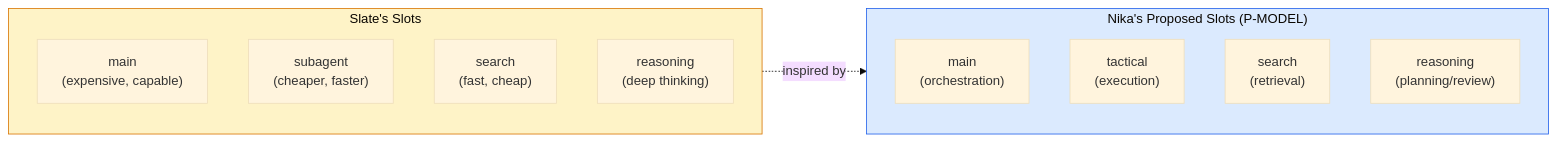
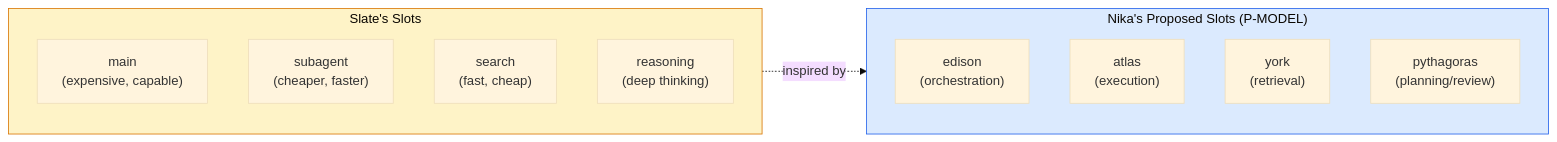
Before and after one commit to supernovae-st/nika: the fourth of 7 diagrams in docs/brainstorm/nika-evolution/03-competitive-landscape.md, drawn with Mermaid (base theme). The commit also changed other lines of this file and 12 other files, not shown here.

````diff
--- a/docs/brainstorm/nika-evolution/03-competitive-landscape.md
+++ b/docs/brainstorm/nika-evolution/03-competitive-landscape.md
@@ -110,21 +110,21 @@
 ```mermaid
 flowchart LR
     subgraph SLATE_SLOTS["Slate's Slots"]
         SM["main\n(expensive, capable)"]
         SS["subagent\n(cheaper, faster)"]
         SSE["search\n(fast, cheap)"]
         SR["reasoning\n(deep thinking)"]
     end
 
     subgraph NIKA_SLOTS["Nika's Proposed Slots (P-MODEL)"]
-        NM["main\n(orchestration)"]
-        NT["tactical\n(execution)"]
-        NSE["search\n(retrieval)"]
-        NR["reasoning\n(planning/review)"]
+        NM["edison\n(orchestration)"]
+        NT["atlas\n(execution)"]
+        NSE["york\n(retrieval)"]
+        NR["pythagoras\n(planning/review)"]
     end
 
     SLATE_SLOTS -.->|"inspired by"| NIKA_SLOTS
 
     style SLATE_SLOTS fill:#fef3c7,stroke:#d97706
     style NIKA_SLOTS fill:#dbeafe,stroke:#2563eb
 ```
````
